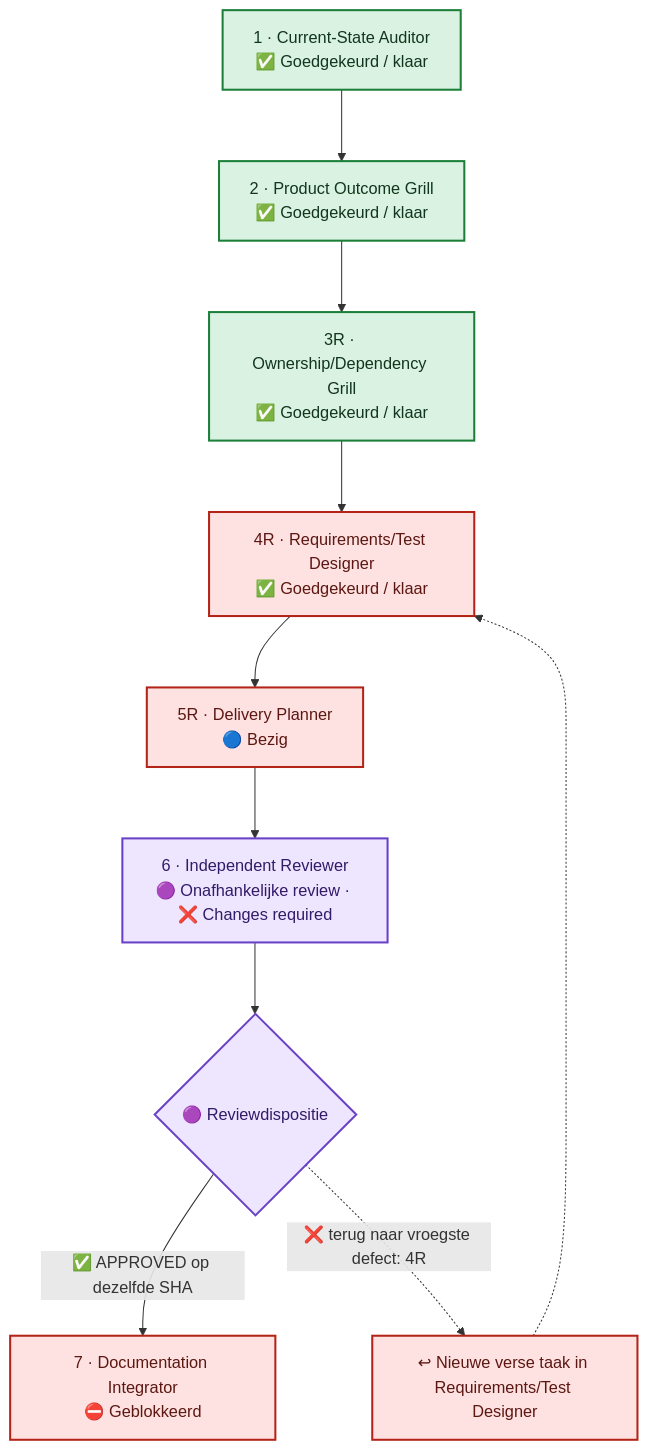
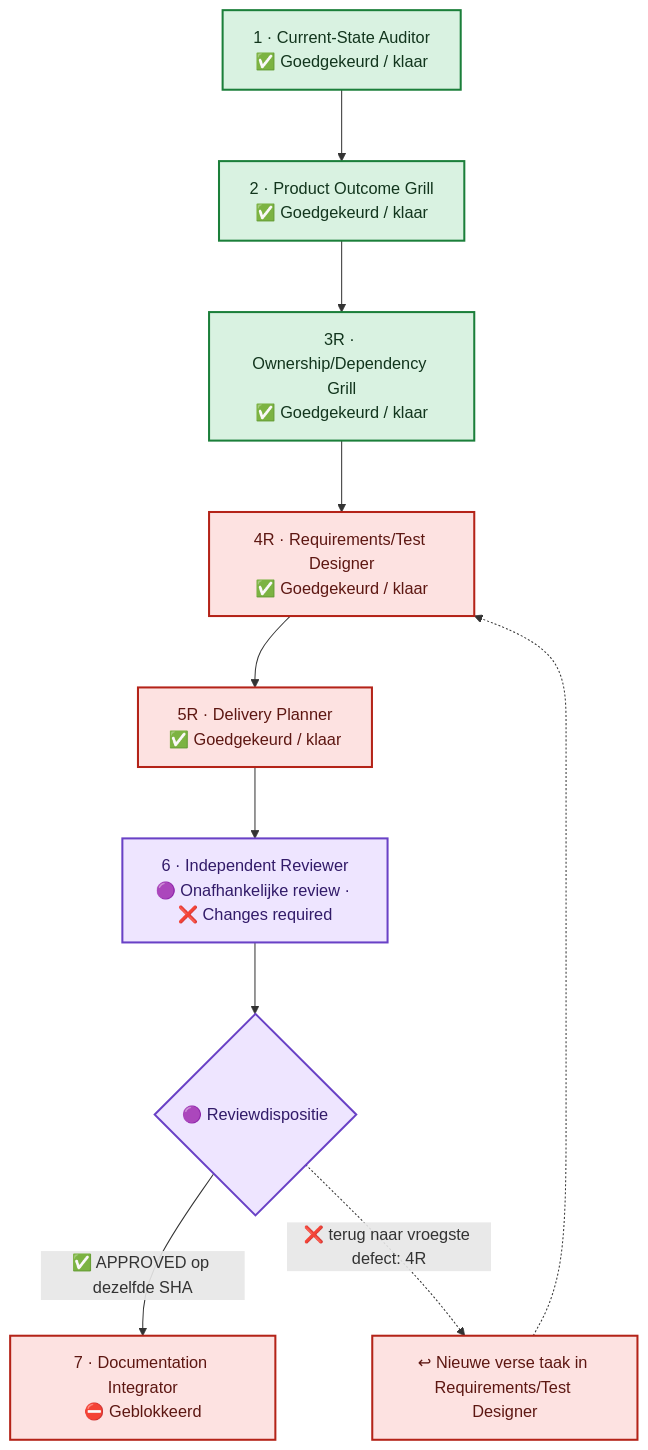
Before and after one commit to Jandesch91/n1-bioforge-requirements-cockpit: the diagram in flow.mmd, drawn with Mermaid. The commit also changed 4 other files, not shown here.

```diff
--- a/flow.mmd
+++ b/flow.mmd
@@ -1,24 +1,24 @@
 %%{init: {"flowchart": {"curve": "basis", "nodeSpacing": 60, "rankSpacing": 70, "htmlLabels": true}}}%%
 flowchart TB
     %% A vertical main lane prevents crossing arrows. The review return uses one side lane.
     phase_1["1 · Current-State Auditor<br/>✅ Goedgekeurd / klaar"]
     phase_2["2 · Product Outcome Grill<br/>✅ Goedgekeurd / klaar"]
     phase_3r["3R · Ownership/Dependency Grill<br/>✅ Goedgekeurd / klaar"]
     phase_4r["4R · Requirements/Test Designer<br/>✅ Goedgekeurd / klaar"]
-    phase_5r["5R · Delivery Planner<br/>🔵 Bezig"]
+    phase_5r["5R · Delivery Planner<br/>✅ Goedgekeurd / klaar"]
     phase_6["6 · Independent Reviewer<br/>🟣 Onafhankelijke review · ❌ Changes required"]
     phase_7["7 · Documentation Integrator<br/>⛔ Geblokkeerd"]
     phase_1 --> phase_2 --> phase_3r --> phase_4r --> phase_5r --> phase_6
     review_decision{"🟣 Reviewdispositie"}
     phase_6 --> review_decision
     review_decision -->|"✅ APPROVED op dezelfde SHA"| phase_7
     review_decision -.->|"❌ terug naar vroegste defect: 4R"| return_lane["↩ Nieuwe verse taak in Requirements/Test Designer"]
     return_lane -.-> phase_4r
     classDef approved fill:#D9F2E1,stroke:#1B7F3A,color:#12351D,stroke-width:2px
     classDef changes fill:#FDE2E1,stroke:#B42318,color:#5D1712,stroke-width:2px
     classDef blocked fill:#FDE2E1,stroke:#B42318,color:#5D1712,stroke-width:2px
     classDef review fill:#EEE5FF,stroke:#6941C6,color:#321B69,stroke-width:2px
     class phase_1,phase_2,phase_3r approved
     class phase_4r changes
     class phase_5r,phase_7,return_lane blocked
     class phase_6,review_decision review
```
